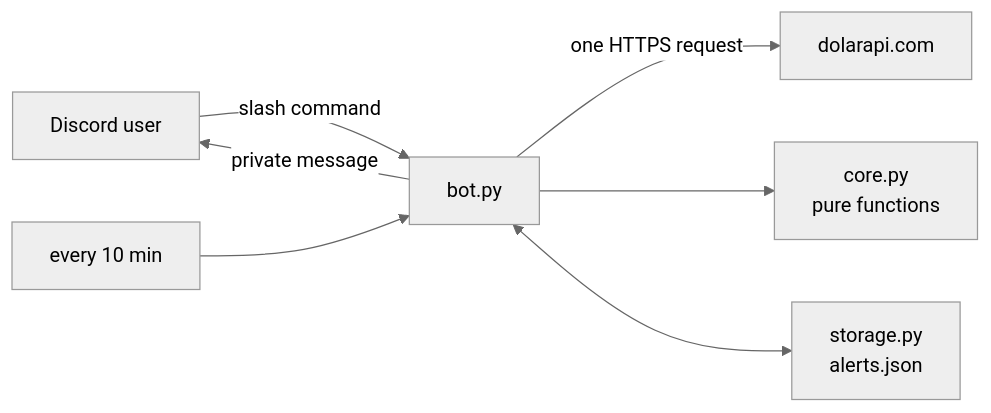
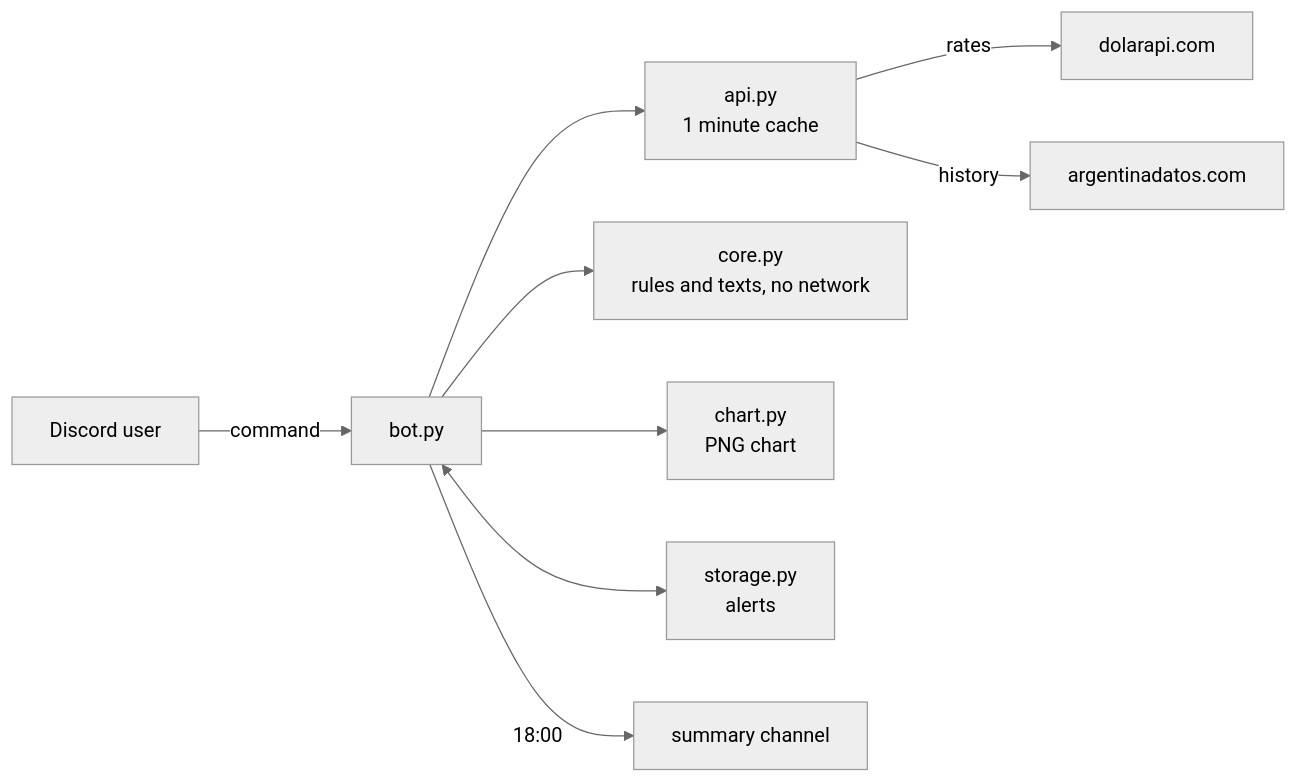
One commit to bbenedev/dolar-che changed the diagram in README.md. Above: the diagram before and after it, drawn with Mermaid (neutral theme). The commit also changed other lines of this file and 4 other files, not shown here.

Commit message:
New logo and README for DOLAR CHE, with real output and a history chart

````diff
--- a/README.md
+++ b/README.md
@@ -91,9 +110,11 @@
 ```mermaid
 flowchart LR
-  U[Discord user] -- slash command --> B[bot.py]
-  B -- one HTTPS request --> API[dolarapi.com]
-  B --> C[core.py<br/>pure functions]
-  B <--> S[storage.py<br/>alerts.json]
-  T[every 10 min] --> B
-  B -- private message --> U
+  U[Discord user] -- command --> B[bot.py]
+  B --> A[api.py<br/>1 minute cache]
+  A -- rates --> D[dolarapi.com]
+  A -- history --> H[argentinadatos.com]
+  B --> C[core.py<br/>rules and texts, no network]
+  B --> G[chart.py<br/>PNG chart]
+  B <--> S[storage.py<br/>alerts]
+  B -- 18:00 --> R[summary channel]
 ```
````
